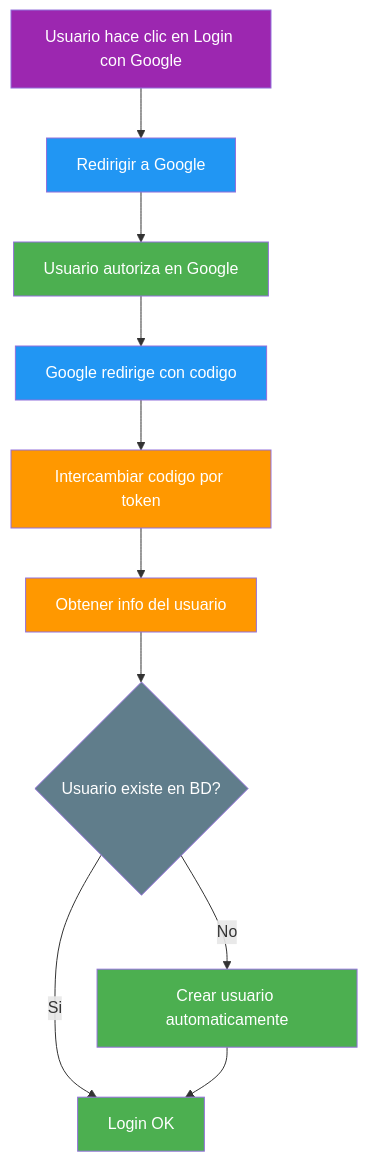
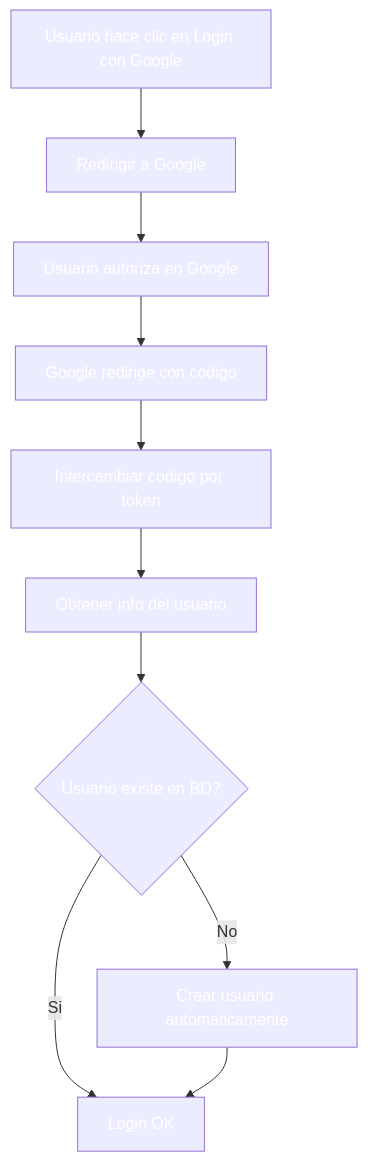
One commit to joseluisgs/DesarrolloWebEntornosServidor-02-2026-2027 changed diagram 11 of 15 in 16-autenticacion.md. Above: the diagram before and after it, drawn with Mermaid. The commit also changed other lines of this file and 41 other files, not shown here.

````diff
--- a/16-autenticacion.md
+++ b/16-autenticacion.md
@@ -1065,22 +1065,22 @@
 ```mermaid
 flowchart TD
     A[Usuario hace clic en Login con Google] --> B[Redirigir a Google]
     B --> C[Usuario autoriza en Google]
     C --> D[Google redirige con codigo]
     D --> E[Intercambiar codigo por token]
     E --> F[Obtener info del usuario]
     F --> G{Usuario existe en BD?}
     G -->|Si| H[Login OK]
     G -->|No| I[Crear usuario automaticamente]
     I --> H
 
-    style A fill:#9C27B0,color:#fff
-    style B fill:#2196F3,color:#fff
-    style C fill:#4CAF50,color:#fff
-    style D fill:#2196F3,color:#fff
-    style E fill:#FF9800,color:#fff
-    style F fill:#FF9800,color:#fff
-    style G fill:#607D8B,color:#fff
-    style H fill:#4CAF50,color:#fff
-    style I fill:#4CAF50,color:#fff
+    style A fill:#9C27B,color:#fff0,color:#fff
+    style B fill:#2196F,color:#fff3,color:#fff
+    style C fill:#4CAF5,color:#fff0,color:#fff
+    style D fill:#2196F,color:#fff3,color:#fff
+    style E fill:#FF980,color:#fff0,color:#fff
+    style F fill:#FF980,color:#fff0,color:#fff
+    style G fill:#607D8,color:#fffB,color:#fff
+    style H fill:#4CAF5,color:#fff0,color:#fff
+    style I fill:#4CAF5,color:#fff0,color:#fff
 ```
````
